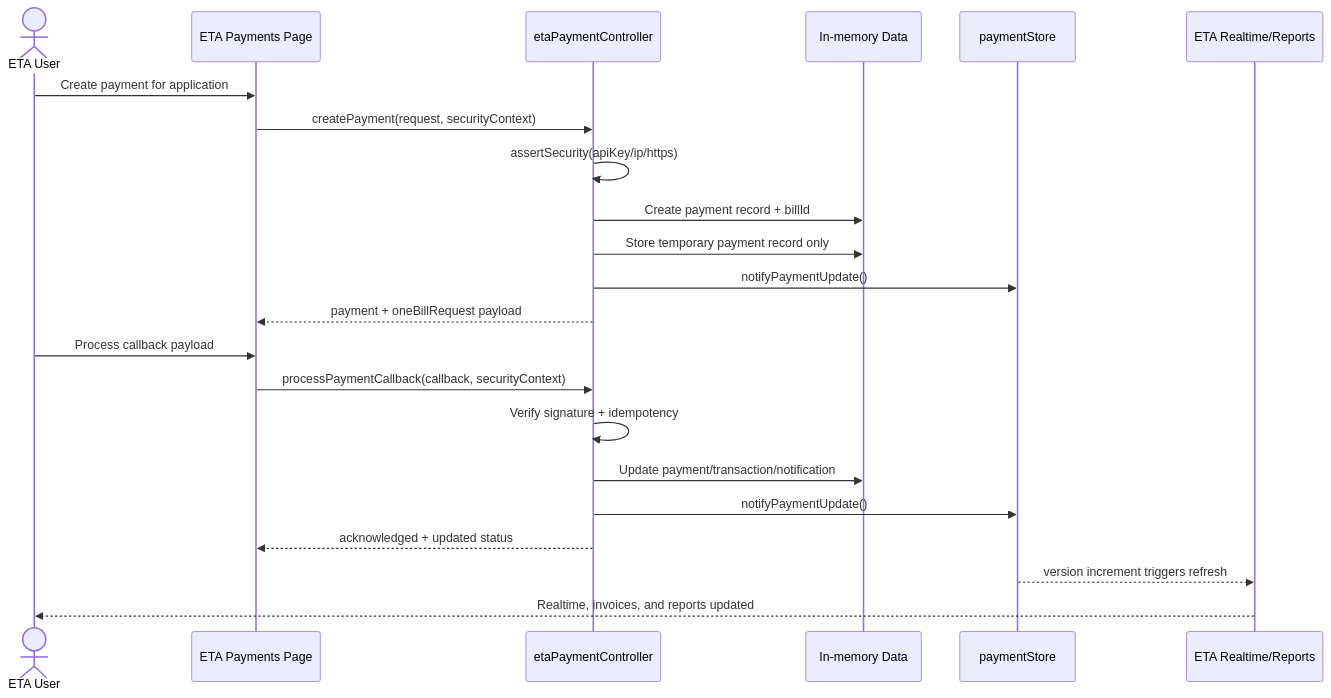
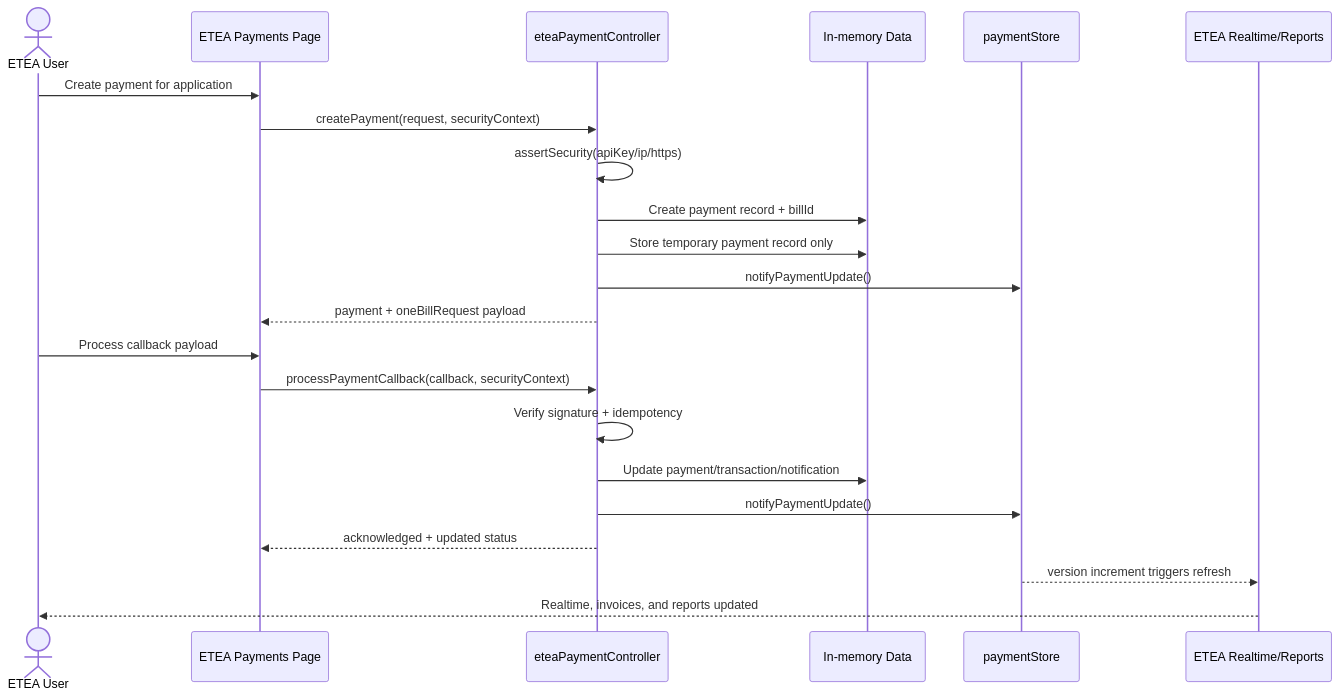
The fourth of 6 diagrams in docs/workflow/workflow-sequence.md (Engrkhizarkhan/billing-brilliance), drawn with Mermaid before and after one commit. The commit also changed other lines of this file and 32 other files, not shown here.

````diff
--- a/docs/workflow/workflow-sequence.md
+++ b/docs/workflow/workflow-sequence.md
@@ -102,27 +102,27 @@
 ```mermaid
 sequenceDiagram
-    actor EtaOps as ETA User
-    participant EtaUI as ETA Payments Page
-    participant Controller as etaPaymentController
+    actor EteaOps as ETEA User
+    participant EteaUI as ETEA Payments Page
+    participant Controller as eteaPaymentController
     participant Data as In-memory Data
     participant Store as paymentStore
-    participant Reports as ETA Realtime/Reports
+    participant Reports as ETEA Realtime/Reports
 
-    EtaOps->>EtaUI: Create payment for application
-    EtaUI->>Controller: createPayment(request, securityContext)
+    EteaOps->>EteaUI: Create payment for application
+    EteaUI->>Controller: createPayment(request, securityContext)
     Controller->>Controller: assertSecurity(apiKey/ip/https)
     Controller->>Data: Create payment record + billId
     Controller->>Data: Store temporary payment record only
     Controller->>Store: notifyPaymentUpdate()
-    Controller-->>EtaUI: payment + oneBillRequest payload
+    Controller-->>EteaUI: payment + oneBillRequest payload
 
-    EtaOps->>EtaUI: Process callback payload
-    EtaUI->>Controller: processPaymentCallback(callback, securityContext)
+    EteaOps->>EteaUI: Process callback payload
+    EteaUI->>Controller: processPaymentCallback(callback, securityContext)
     Controller->>Controller: Verify signature + idempotency
     Controller->>Data: Update payment/transaction/notification
     Controller->>Store: notifyPaymentUpdate()
-    Controller-->>EtaUI: acknowledged + updated status
+    Controller-->>EteaUI: acknowledged + updated status
 
     Store-->>Reports: version increment triggers refresh
-    Reports-->>EtaOps: Realtime, invoices, and reports updated
+    Reports-->>EteaOps: Realtime, invoices, and reports updated
 ```
````
